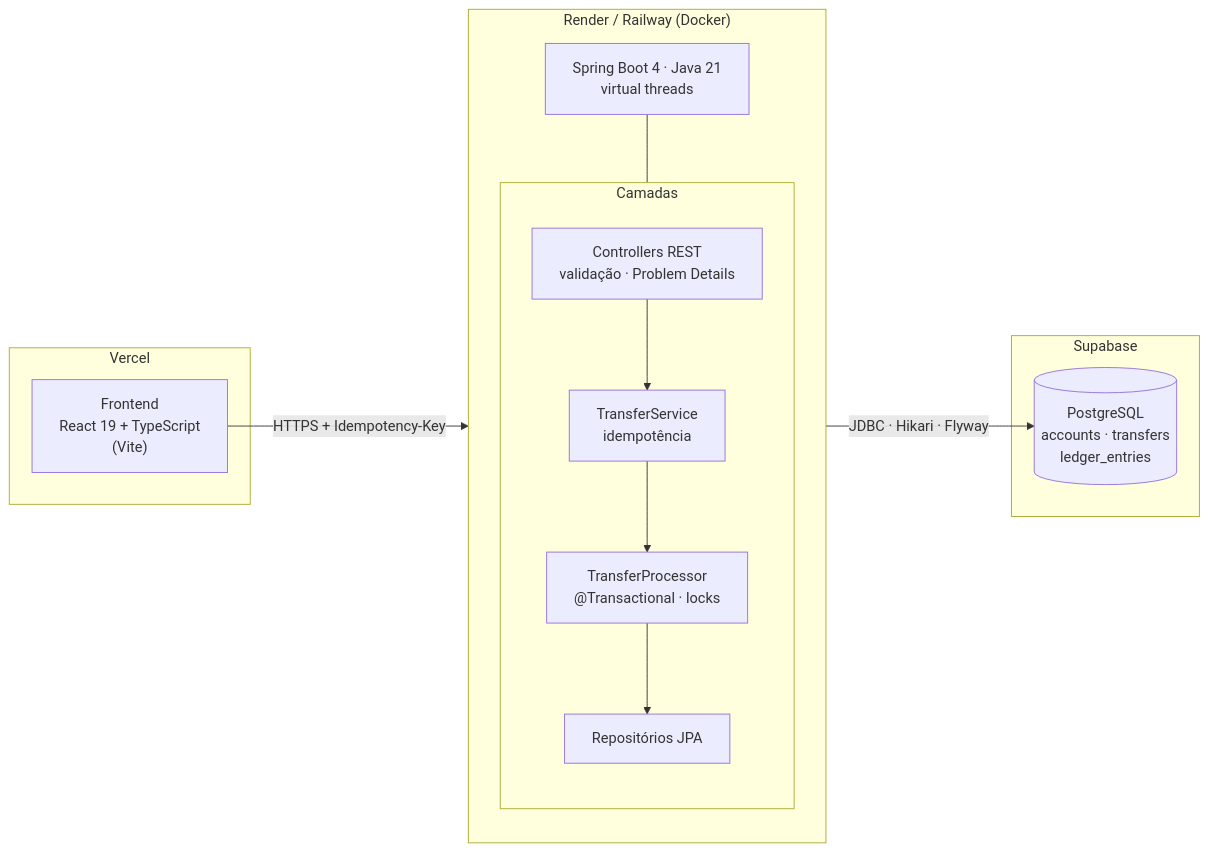
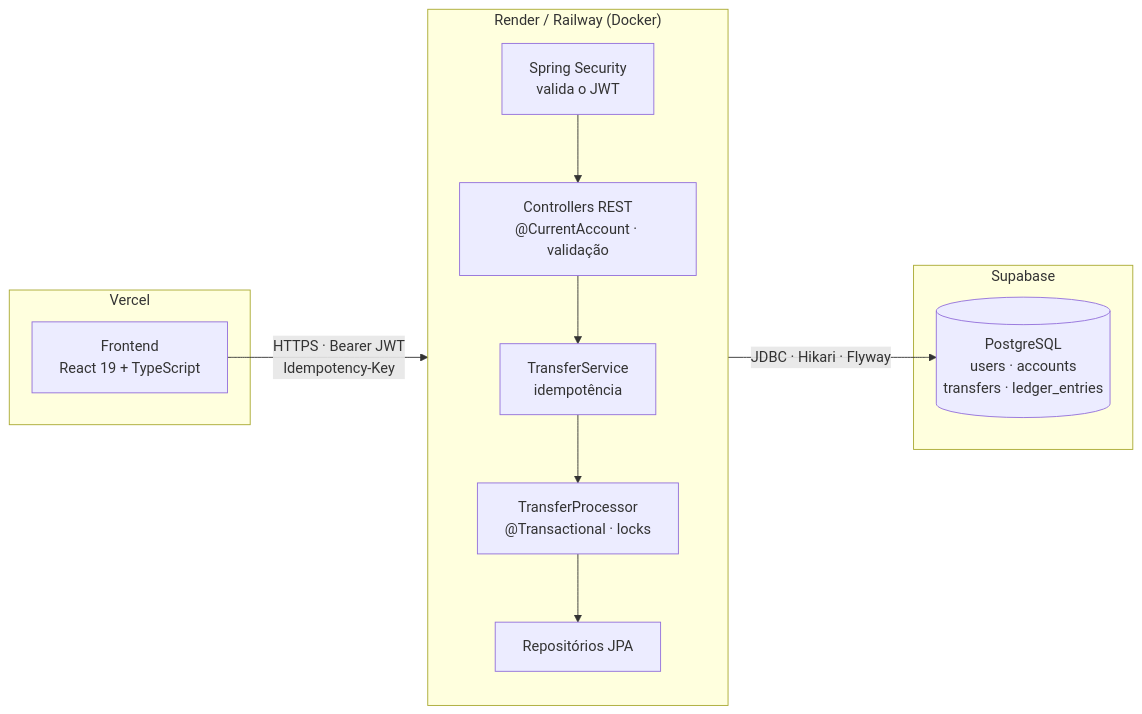
The first of 4 diagrams in README.md (leonardobarrosx/motor-transferencias), drawn with Mermaid before and after one commit. The commit also changed other lines of this file and 81 other files, not shown here.

````diff
--- a/README.md
+++ b/README.md
@@ -79,27 +87,23 @@
 ```mermaid
 flowchart LR
     subgraph Vercel
-        WEB["Frontend<br/>React 19 + TypeScript<br/>(Vite)"]
+        WEB["Frontend<br/>React 19 + TypeScript"]
     end
 
     subgraph "Render / Railway (Docker)"
         direction TB
-        API["Spring Boot 4 · Java 21<br/>virtual threads"]
-        subgraph "Camadas"
-            direction TB
-            C["Controllers REST<br/>validação · Problem Details"]
-            S["TransferService<br/>idempotência"]
-            P["TransferProcessor<br/>@Transactional · locks"]
-            R["Repositórios JPA"]
-            C --> S --> P --> R
-        end
-        API --- C
+        SEC["Spring Security<br/>valida o JWT"]
+        C["Controllers REST<br/>@CurrentAccount · validação"]
+        S["TransferService<br/>idempotência"]
+        P["TransferProcessor<br/>@Transactional · locks"]
+        R["Repositórios JPA"]
+        SEC --> C --> S --> P --> R
     end
 
     subgraph Supabase
-        DB[("PostgreSQL<br/>accounts · transfers<br/>ledger_entries")]
+        DB[("PostgreSQL<br/>users · accounts<br/>transfers · ledger_entries")]
     end
 
-    WEB -- "HTTPS + Idempotency-Key" --> API
+    WEB -- "HTTPS · Bearer JWT<br/>Idempotency-Key" --> SEC
     R -- "JDBC · Hikari · Flyway" --> DB
 ```
````
